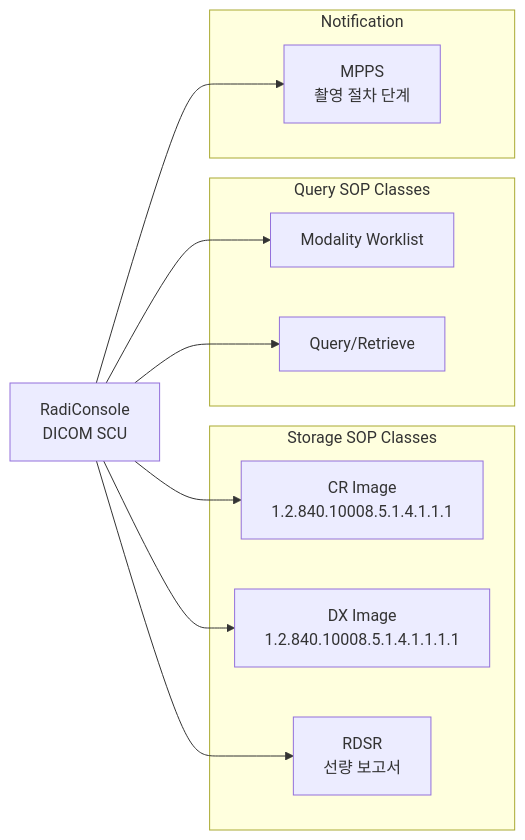
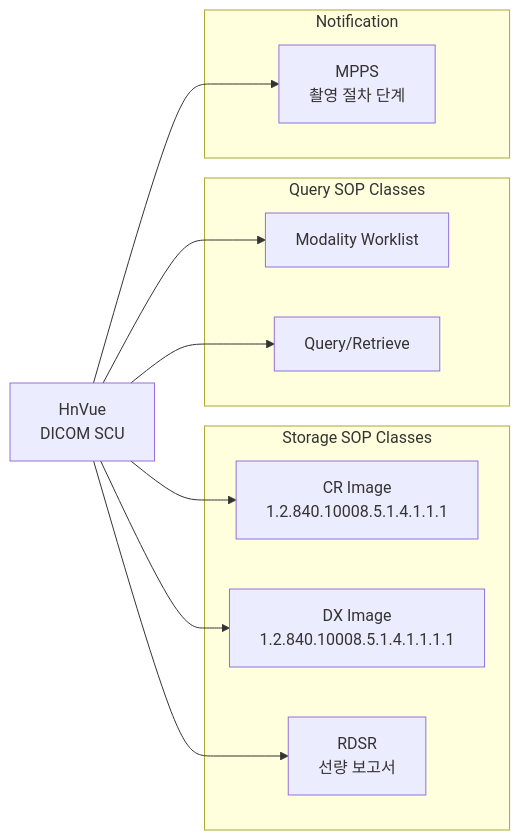
The fourth of 5 diagrams in docs/testing/DOC-013_IntegTestPlan_v1.0.md (holee9/console-gui), drawn with Mermaid before and after one commit. The commit also changed other lines of this file and 40 other files, not shown here.

````diff
--- a/docs/testing/DOC-013_IntegTestPlan_v1.0.md
+++ b/docs/testing/DOC-013_IntegTestPlan_v1.0.md
@@ -333,21 +333,21 @@
 ```mermaid
 graph LR
     subgraph "Storage SOP Classes"
         CR[CR Image\n1.2.840.10008.5.1.4.1.1.1]
         DX[DX Image\n1.2.840.10008.5.1.4.1.1.1.1]
         RDSR[RDSR\n선량 보고서]
     end
     subgraph "Query SOP Classes"
         MWL[Modality Worklist]
         QR[Query/Retrieve]
     end
     subgraph "Notification"
         MPPS[MPPS\n촬영 절차 단계]
     end
-    SCU[RadiConsole\nDICOM SCU] --> CR
+    SCU[HnVue\nDICOM SCU] --> CR
     SCU --> DX
     SCU --> RDSR
     SCU --> MWL
     SCU --> QR
     SCU --> MPPS
 ```
````
